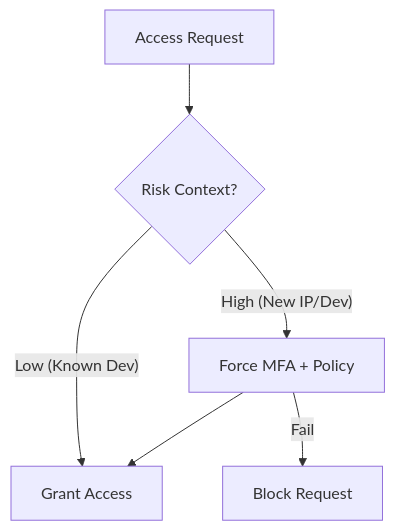
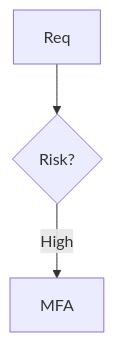
The sixth of 30 diagrams in README.md (Devopstrio/identity-landingzone), drawn with Mermaid before and after one commit. The commit also changed other lines of this file, not shown here.

Commit message:
docs: expand README with 30+ architectural diagrams

````diff
--- a/README.md
+++ b/README.md
@@ -156,8 +69,5 @@
 ```mermaid
 graph TD
-    Req[Access Request] --> Context{Risk Context?}
-    Context -- "High (New IP/Dev)" --> MFA[Force MFA + Policy]
-    Context -- "Low (Known Dev)" --> Success[Grant Access]
-    MFA --> Success
-    MFA -- "Fail" --> Deny[Block Request]
+    Req[Req] --> Context{Risk?}
+    Context -- High --> MFA[MFA]
 ```
````
